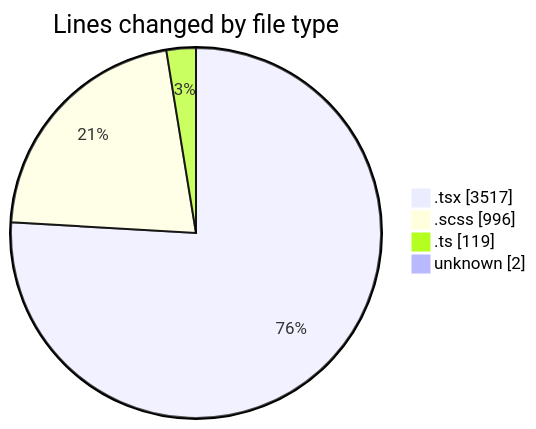
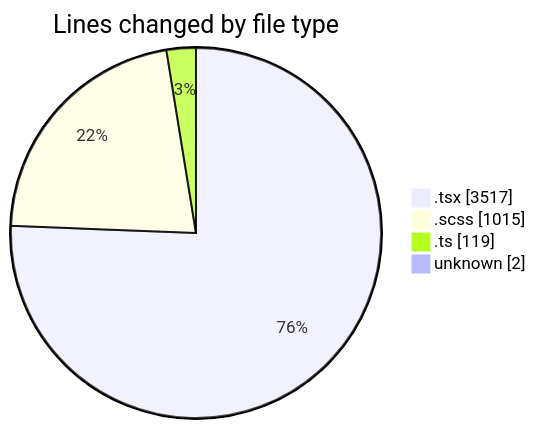
One commit to momahboobian/code-tracking changed the first of 2 diagrams in 2025-06-13/cda/README.md. Above: the diagram before and after it, drawn with Mermaid. The commit also changed other lines of this file and 1 other file, not shown here.

````diff
--- a/2025-06-13/cda/README.md
+++ b/2025-06-13/cda/README.md
@@ -38,8 +38,8 @@
 ```mermaid
 pie showData
 title Lines changed by file type
 ".tsx" : 3517
-".scss" : 996
+".scss" : 1015
 ".ts" : 119
 "unknown" : 2
 ```
````
